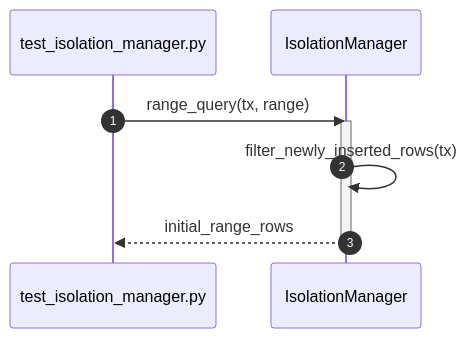
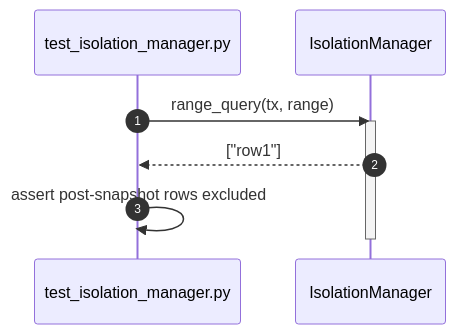
Before and after one commit to taitran501/DBMS: diagram 14 of 52 in diagrams/sequence/transaction.md, drawn with Mermaid. The commit also changed other lines of this file and 6 other files, not shown here.

````diff
--- a/diagrams/sequence/transaction.md
+++ b/diagrams/sequence/transaction.md
@@ -216,12 +216,12 @@
 ```mermaid
 sequenceDiagram
     autonumber
     participant Test as test_isolation_manager.py
     participant SUT as IsolationManager
 
     Test->>SUT: range_query(tx, range)
     activate SUT
-    SUT->>SUT: filter_newly_inserted_rows(tx)
-    SUT-->>Test: initial_range_rows
+    SUT-->>Test: ["row1"]
+    Test->>Test: assert post-snapshot rows excluded
     deactivate SUT
 ```
````
